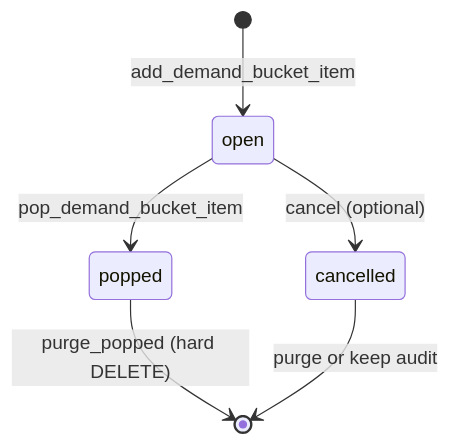
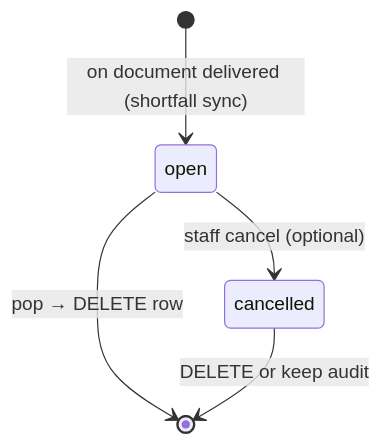
The second of 2 diagrams in doc/shop_order/DEMAND_BUCKET.md (david-git-2/brandwala-wholesale-quasar-v2), drawn with Mermaid before and after one commit. The commit also changed other lines of this file and 17 other files, not shown here.

````diff
--- a/doc/shop_order/DEMAND_BUCKET.md
+++ b/doc/shop_order/DEMAND_BUCKET.md
@@ -32,8 +74,7 @@
 ```mermaid
 stateDiagram-v2
-  [*] --> open: add_demand_bucket_item
-  open --> popped: pop_demand_bucket_item
-  open --> cancelled: cancel (optional)
-  popped --> [*]: purge_popped (hard DELETE)
-  cancelled --> [*]: purge or keep audit
+  [*] --> open: on document delivered (shortfall sync)
+  open --> [*]: pop → DELETE row
+  open --> cancelled: staff cancel (optional)
+  cancelled --> [*]: DELETE or keep audit
 ```
````
